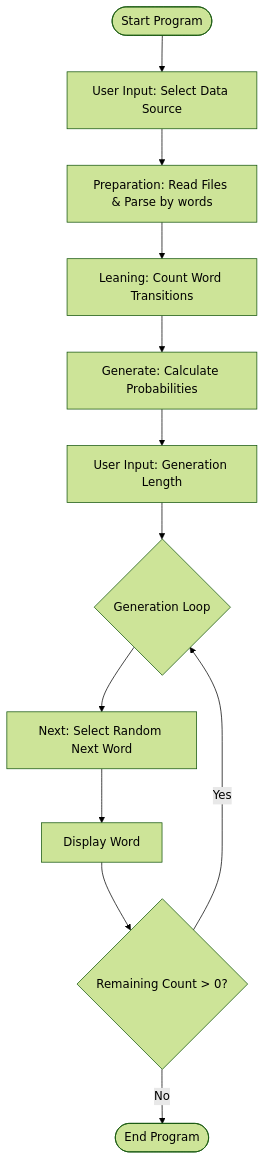
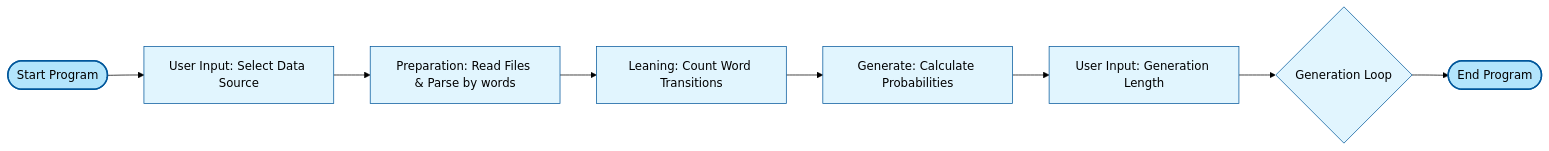
The diagram in reports/uchiyama/structure.md (rei78-4e/markov_chain_practice), drawn with Mermaid (forest theme) before and after one commit. The commit also changed 9 other files, not shown here.

````diff
--- a/reports/uchiyama/structure.md
+++ b/reports/uchiyama/structure.md
@@ -3,14 +3,17 @@
 ```mermaid
-graph TD
+graph LR
+    %% 全体のデフォルトスタイル（文字色を黒に、背景を薄い青に）
+    classDef default fill:#e1f5fe,stroke:#01579b,stroke-width:1px,color:#000000;
+
     Start([Start Program]) --> Input[User Input: Select Data Source]
     Input --> Prep[Preparation: Read Files & Parse by words]
     Prep --> Learn[Leaning: Count Word Transitions]
     Learn --> Calc[Generate: Calculate Probabilities]
     Calc --> Len[User Input: Generation Length]
-    Len --> Loop{Generation Loop}
-    Loop --> Next[Next: Select Random Next Word]
-    Next --> Show[Display Word]
-    Show --> Decr{Remaining Count > 0?}
-    Decr -- Yes --> Loop
-    Decr -- No --> End([End Program])
+    Len --> Gen{Generation Loop}
+    Gen --> End([End Program])
+
+    %% 開始と終了だけ少し色を濃くして区別しやすくする場合（不要なら削除してください）
+    style Start fill:#b3e5fc,stroke:#01579b,stroke-width:2px,color:#000000
+    style End fill:#b3e5fc,stroke:#01579b,stroke-width:2px,color:#000000
 ```
````
